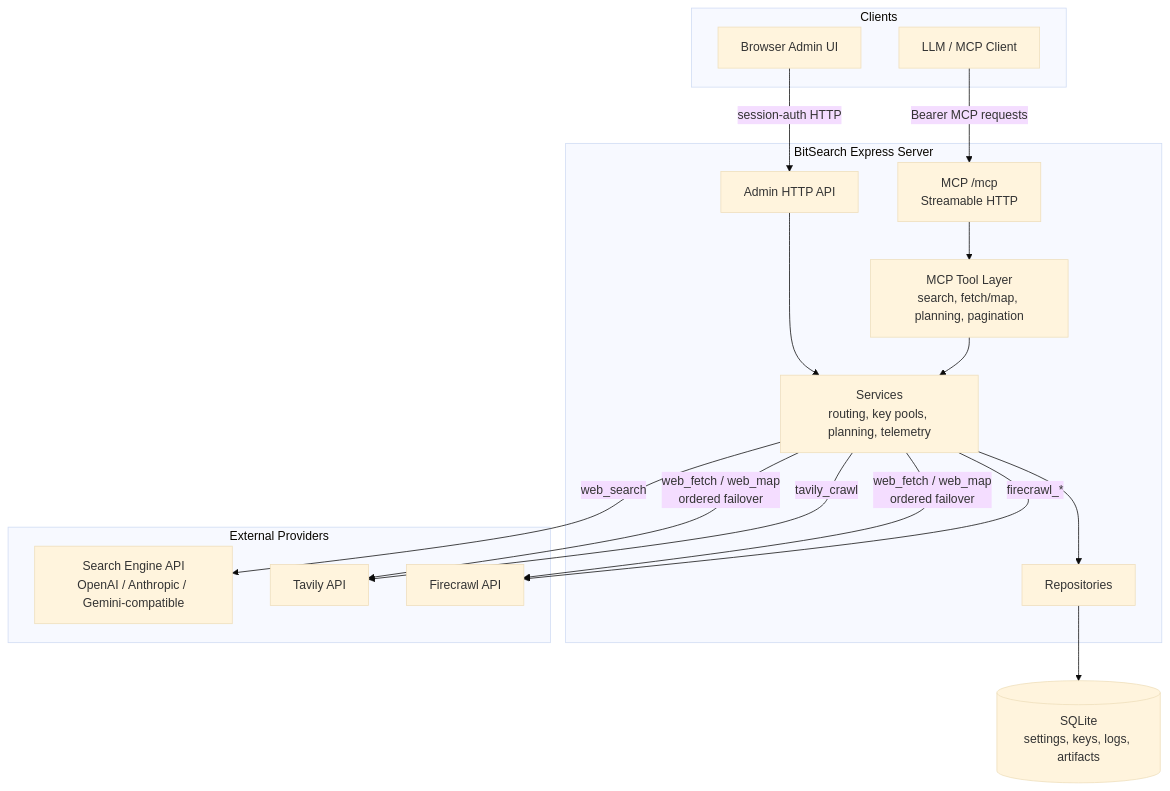
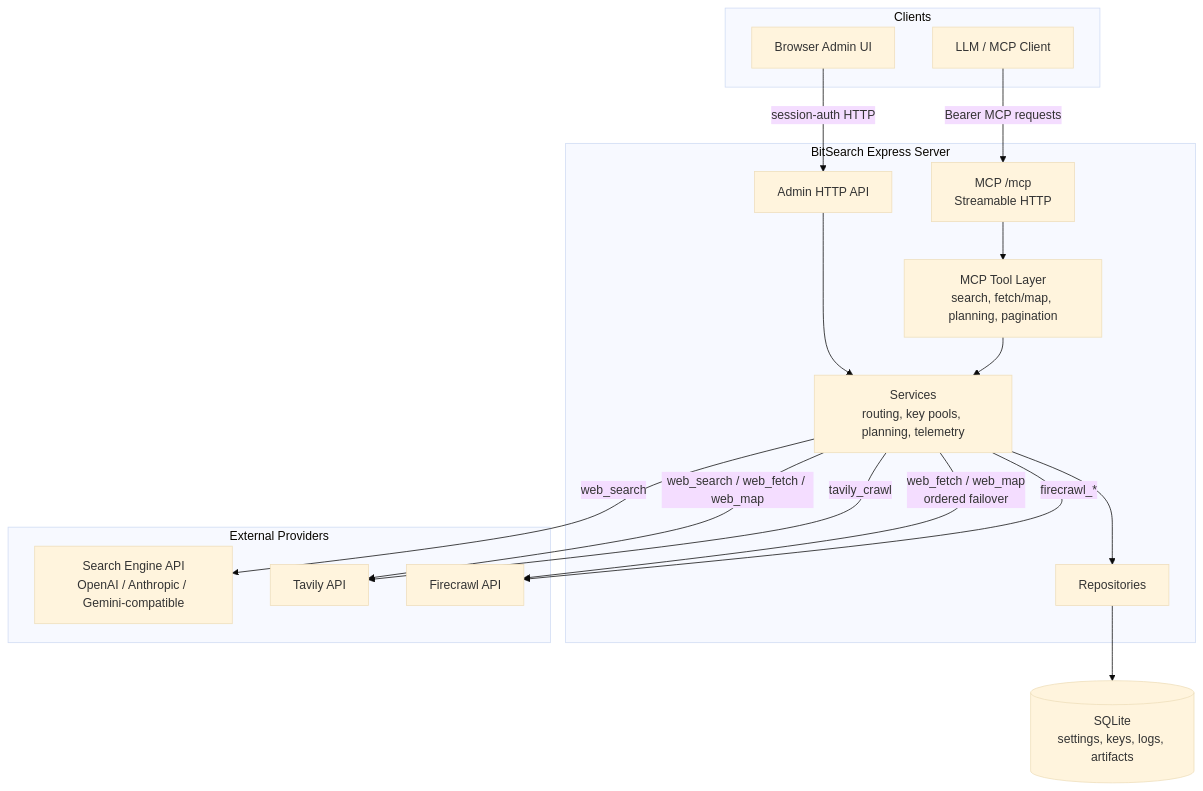
Before and after one commit to Hedeoer/bitsearch: the diagram in README.md, drawn with Mermaid (base theme). The commit also changed other lines of this file and 1 other file, not shown here.

````diff
--- a/README.md
+++ b/README.md
@@ -41,38 +43,38 @@
 ```mermaid
 flowchart TB
     subgraph Clients
         McpClient[LLM / MCP Client]
         Browser[Browser Admin UI]
     end
 
     subgraph BitSearch[BitSearch Express Server]
         McpEndpoint[MCP /mcp<br/>Streamable HTTP]
         AdminApi[Admin HTTP API]
         Tools[MCP Tool Layer<br/>search, fetch/map, planning, pagination]
         Services[Services<br/>routing, key pools, planning, telemetry]
         Repos[Repositories]
     end
 
     subgraph Providers[External Providers]
         SearchEngine[Search Engine API<br/>OpenAI / Anthropic / Gemini-compatible]
         Tavily[Tavily API]
         Firecrawl[Firecrawl API]
     end
 
     SQLite[(SQLite<br/>settings, keys, logs, artifacts)]
 
     McpClient -->|Bearer MCP requests| McpEndpoint
     Browser -->|session-auth HTTP| AdminApi
 
     McpEndpoint --> Tools
     AdminApi --> Services
     Tools --> Services
     Services --> Repos
     Repos --> SQLite
 
     Services -->|web_search| SearchEngine
-    Services -->|web_fetch / web_map<br/>ordered failover| Tavily
+    Services -->|web_search / web_fetch / web_map| Tavily
     Services -->|web_fetch / web_map<br/>ordered failover| Firecrawl
     Services -->|tavily_crawl| Tavily
     Services -->|firecrawl_*| Firecrawl
 ```
````
